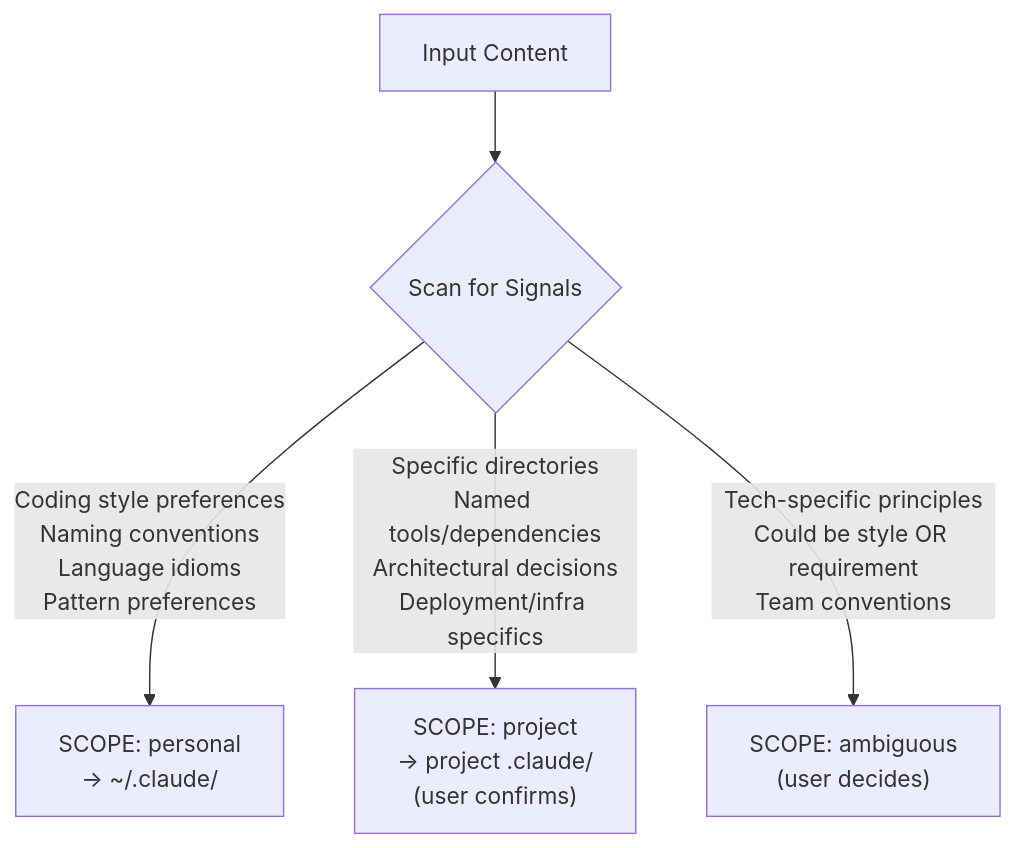
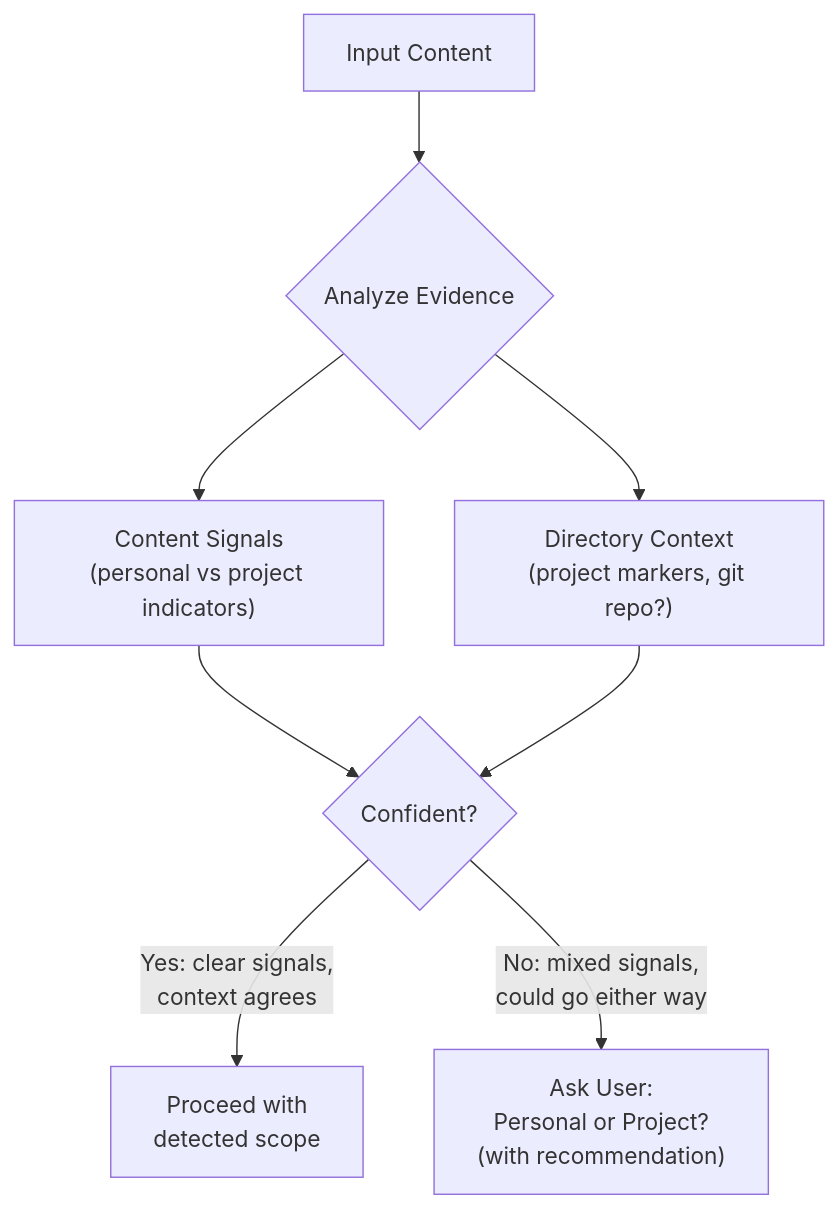
Before and after one commit to DigitalCowboyN/claude-asset-writer: the eighth of 11 diagrams in docs/architecture.md, drawn with Mermaid. The commit also changed other lines of this file and 3 other files, not shown here.

First line of the commit message:
Simplify scope detection to evidence-based analysis with user fallback

````diff
--- a/docs/architecture.md
+++ b/docs/architecture.md
@@ -227,11 +227,15 @@
 ```mermaid
 flowchart TD
     input["Input Content"]
-    input --> scan{"Scan for Signals"}
+    input --> analyze{"Analyze Evidence"}
 
-    scan -->|"Coding style preferences\nNaming conventions\nLanguage idioms\nPattern preferences"| personal["SCOPE: personal\n-> ~/.claude/"]
+    analyze --> signals["Content Signals\n(personal vs project indicators)"]
+    analyze --> cwd["Directory Context\n(project markers, git repo?)"]
 
-    scan -->|"Specific directories\nNamed tools/dependencies\nArchitectural decisions\nDeployment/infra specifics"| project["SCOPE: project\n-> project .claude/\n(user confirms)"]
+    signals --> decision{"Confident?"}
+    cwd --> decision
 
-    scan -->|"Tech-specific principles\nCould be style OR requirement\nTeam conventions"| ambiguous["SCOPE: ambiguous\n(user decides)"]
+    decision -->|"Yes: clear signals,\ncontext agrees"| proceed["Proceed with\ndetected scope"]
+
+    decision -->|"No: mixed signals,\ncould go either way"| ask["Ask User:\nPersonal or Project?\n(with recommendation)"]
 ```
````
